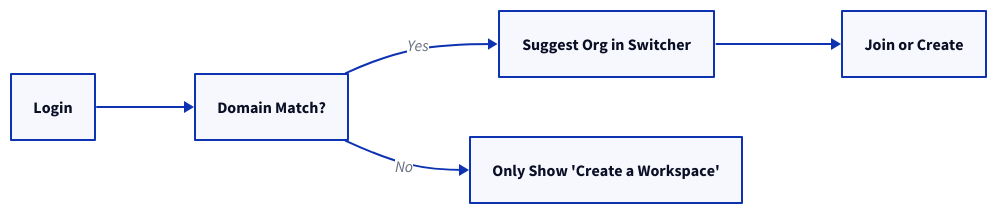
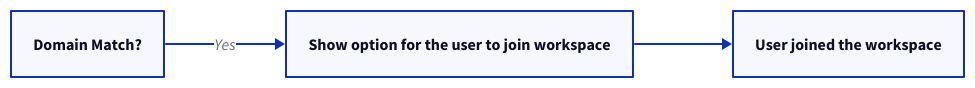
Before and after one commit to scalekit-inc/developer-docs: the diagram in src/content/docs/fsa/guides/allowed-email-domains.mdx, drawn with D2. The commit also changed other lines of this file and 1 other file, not shown here.

````diff
--- a/src/content/docs/fsa/guides/allowed-email-domains.mdx
+++ b/src/content/docs/fsa/guides/allowed-email-domains.mdx
@@ -34,16 +32,12 @@
 ```d2
 direction: right
 
-login: "Login"
+
 domain_match: "Domain Match?"
-suggest_org: "Suggest Org in Switcher"
-join_create: "Join or Create"
-create_only: "Only Show 'Create a Workspace'"
-
-login -> domain_match
+suggest_org: "Show option for the user to join workspace"
+join_create: "User joined the workspace"
 
 domain_match -> suggest_org: "Yes"
-suggest_org -> join_create
+suggest_org -> join_create: ""
 
-domain_match -> create_only: "No"
 ```
````
